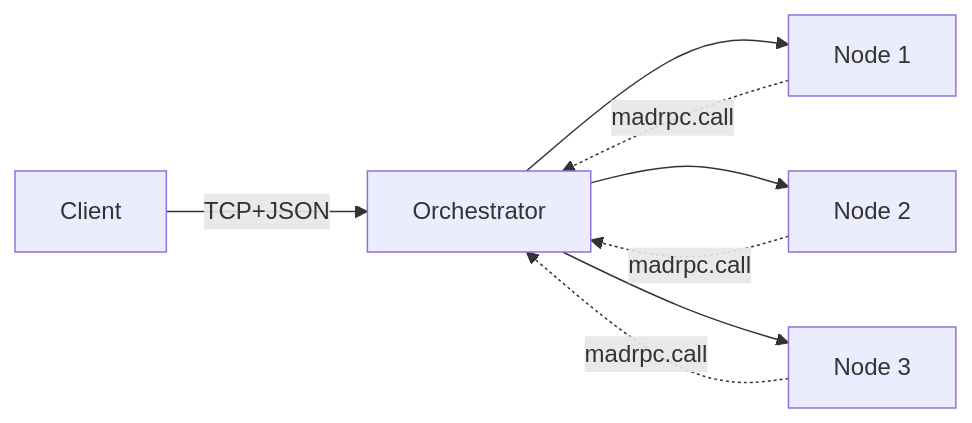
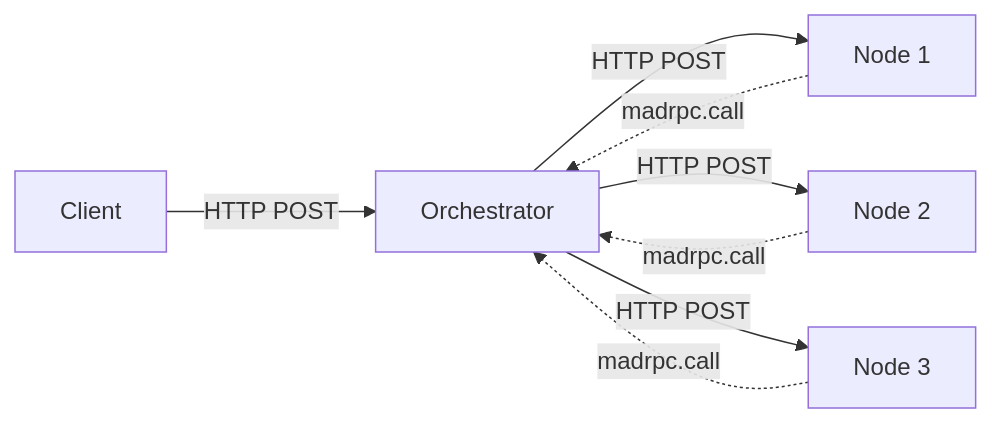
The diagram in README.md (podikoglou/madrpc-2), drawn with Mermaid before and after one commit. The commit also changed other lines of this file, not shown here.

First line of the commit message:
docs(readme): update for http/json-rpc 2.0 migration

````diff
--- a/README.md
+++ b/README.md
@@ -26,11 +26,11 @@
 ```mermaid
 graph LR
-    Client[Client] -->|TCP+JSON| Orch[Orchestrator]
-    Orch --> N1[Node 1]
-    Orch --> N2[Node 2]
-    Orch --> N3[Node 3]
+    Client[Client] -->|HTTP POST| Orch[Orchestrator]
+    Orch -->|HTTP POST| N1[Node 1]
+    Orch -->|HTTP POST| N2[Node 2]
+    Orch -->|HTTP POST| N3[Node 3]
 
     N1 -.->|madrpc.call| Orch
     N2 -.->|madrpc.call| Orch
     N3 -.->|madrpc.call| Orch
 ```
````
